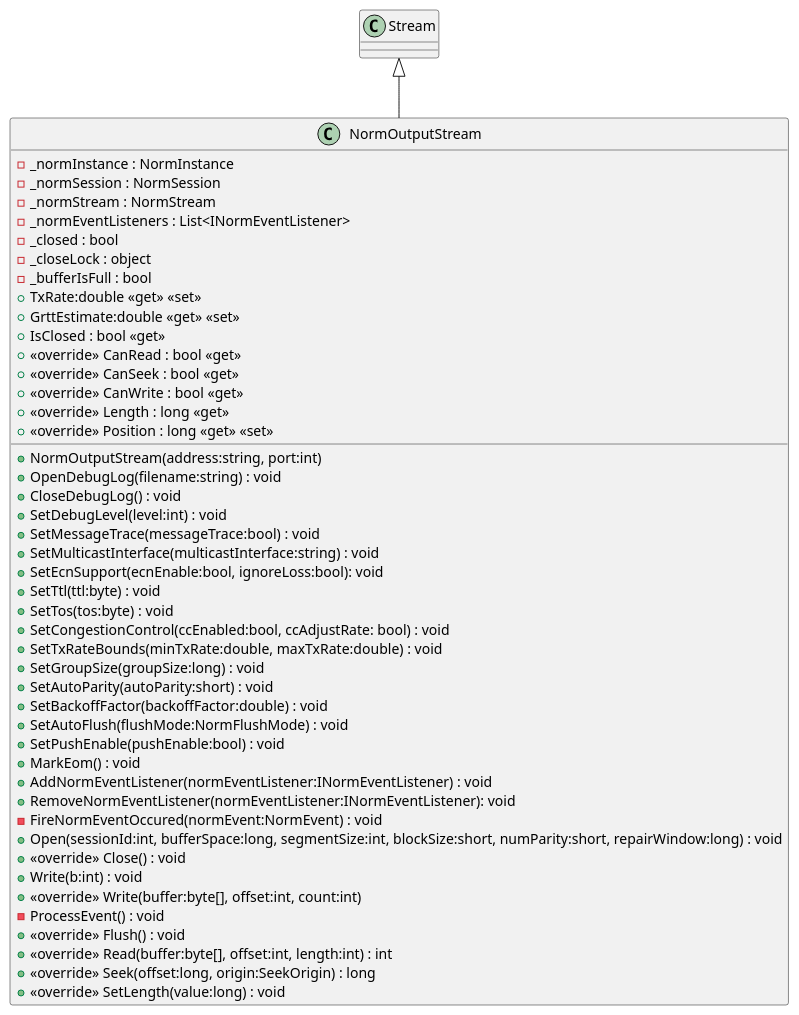
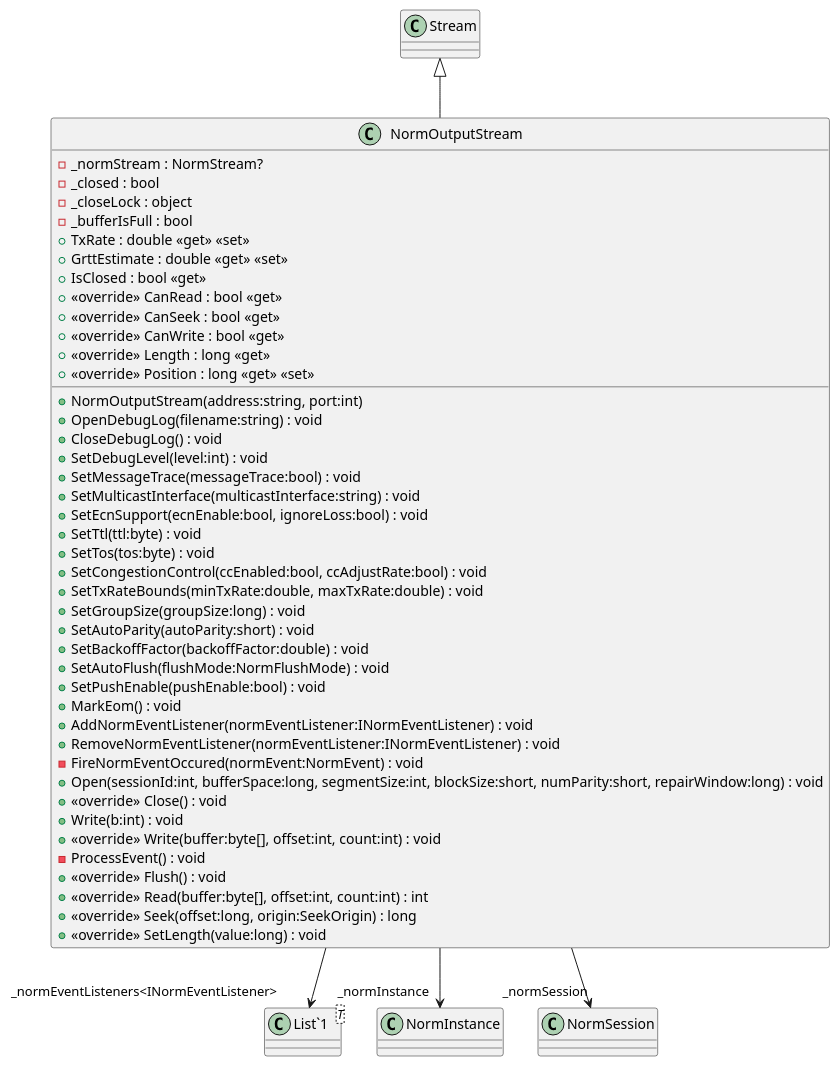
The diagram in src/dotnet/design/Mil/Navy/Nrl/Norm/IO/NormOutputStream.puml (USNavalResearchLaboratory/norm), drawn with PlantUML before and after one commit. The commit also changed 34 other files, not shown here.

```diff
--- a/src/dotnet/design/Mil/Navy/Nrl/Norm/IO/NormOutputStream.puml
+++ b/src/dotnet/design/Mil/Navy/Nrl/Norm/IO/NormOutputStream.puml
@@ -1,49 +1,51 @@
 @startuml
 class NormOutputStream {
-    - _normInstance : NormInstance
-    - _normSession : NormSession
-    - _normStream : NormStream
-    - _normEventListeners : List<INormEventListener>
+    - _normStream : NormStream?
     - _closed : bool
     - _closeLock : object
     - _bufferIsFull : bool
     + NormOutputStream(address:string, port:int)
     + OpenDebugLog(filename:string) : void
     + CloseDebugLog() : void
     + SetDebugLevel(level:int) : void
     + SetMessageTrace(messageTrace:bool) : void
     + SetMulticastInterface(multicastInterface:string) : void
-    + SetEcnSupport(ecnEnable:bool, ignoreLoss:bool): void
+    + SetEcnSupport(ecnEnable:bool, ignoreLoss:bool) : void
     + SetTtl(ttl:byte) : void
     + SetTos(tos:byte) : void
-    + SetCongestionControl(ccEnabled:bool, ccAdjustRate: bool) : void
+    + SetCongestionControl(ccEnabled:bool, ccAdjustRate:bool) : void
     + SetTxRateBounds(minTxRate:double, maxTxRate:double) : void
-    + TxRate:double <<get>> <<set>>
-    + GrttEstimate:double <<get>> <<set>>
+    + TxRate : double <<get>> <<set>>
+    + GrttEstimate : double <<get>> <<set>>
     + SetGroupSize(groupSize:long) : void
     + SetAutoParity(autoParity:short) : void
     + SetBackoffFactor(backoffFactor:double) : void
     + SetAutoFlush(flushMode:NormFlushMode) : void
     + SetPushEnable(pushEnable:bool) : void
     + MarkEom() : void
     + AddNormEventListener(normEventListener:INormEventListener) : void
-    + RemoveNormEventListener(normEventListener:INormEventListener): void
+    + RemoveNormEventListener(normEventListener:INormEventListener) : void
     - FireNormEventOccured(normEvent:NormEvent) : void
     + Open(sessionId:int, bufferSpace:long, segmentSize:int, blockSize:short, numParity:short, repairWindow:long) : void
     + <<override>> Close() : void
     + IsClosed : bool <<get>>
     + Write(b:int) : void
-    + <<override>> Write(buffer:byte[], offset:int, count:int)
+    + <<override>> Write(buffer:byte[], offset:int, count:int) : void
     - ProcessEvent() : void
     + <<override>> Flush() : void
-    + <<override>> Read(buffer:byte[], offset:int, length:int) : int
+    + <<override>> Read(buffer:byte[], offset:int, count:int) : int
     + <<override>> Seek(offset:long, origin:SeekOrigin) : long
     + <<override>> SetLength(value:long) : void
     + <<override>> CanRead : bool <<get>>
     + <<override>> CanSeek : bool <<get>>
     + <<override>> CanWrite : bool <<get>>
     + <<override>> Length : long <<get>>
     + <<override>> Position : long <<get>> <<set>>
 }
+class "List`1"<T> {
+}
 Stream <|-- NormOutputStream
+NormOutputStream --> "_normInstance" NormInstance
+NormOutputStream --> "_normSession" NormSession
+NormOutputStream --> "_normEventListeners<INormEventListener>" "List`1"
 @enduml
```
